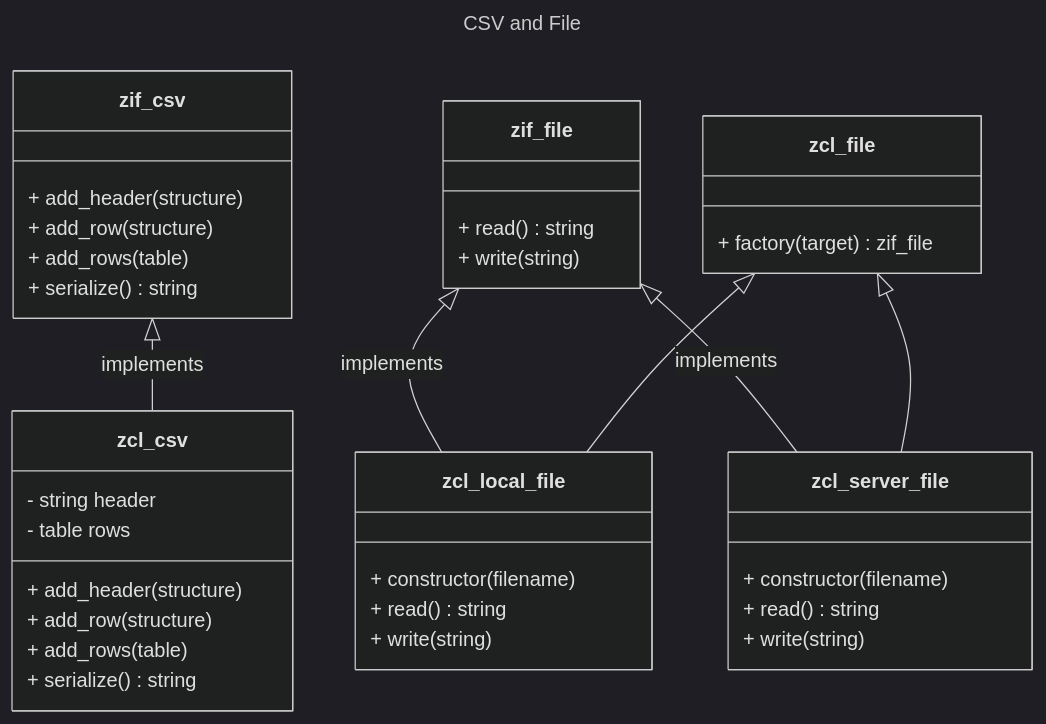
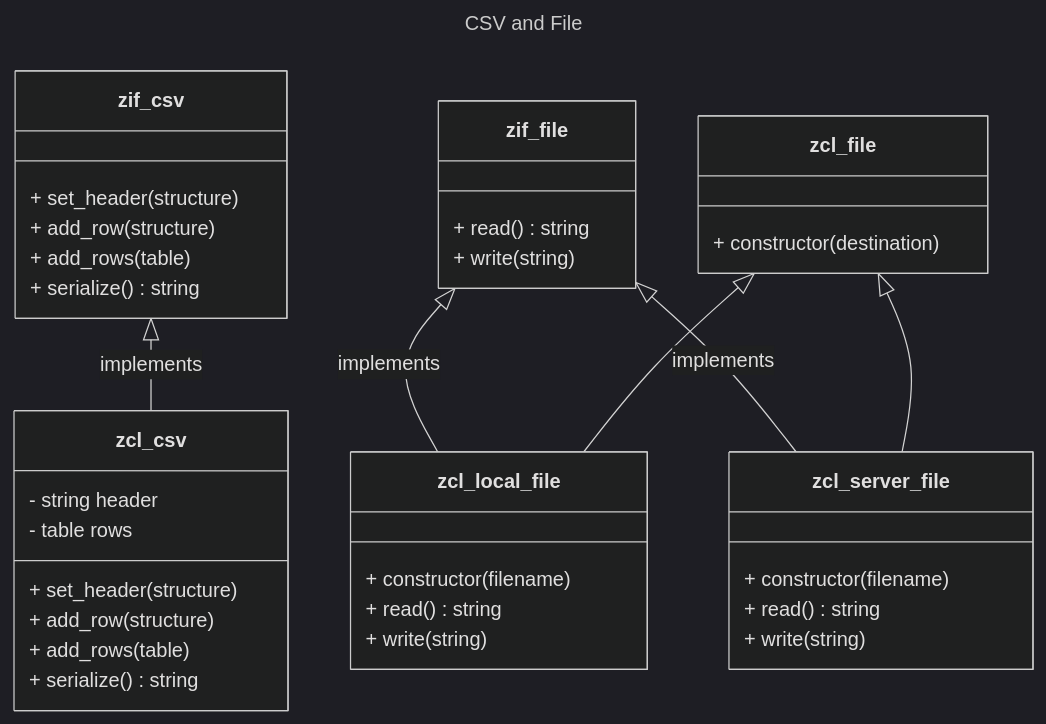
One commit to sfayuesa/abap-csv changed the diagram in uml_new.md. Above: the diagram before and after it, drawn with Mermaid (dark theme).

````diff
--- a/uml_new.md
+++ b/uml_new.md
@@ -1,44 +1,43 @@
 ```mermaid
 ---
 title: CSV and File
 ---
 classDiagram
   class zif_csv{
-      + add_header(structure)
+      + set_header(structure)
       + add_row(structure)
       + add_rows(table)
       + serialize() string
   }
   class zif_file {
       + read()string
       + write(string)
   }
   class zcl_csv {
       - string header  
       - table rows  
-      + add_header(structure)
+      + set_header(structure)
       + add_row(structure)
       + add_rows(table)
       + serialize() string
   }
   class zcl_file {
-      + factory(target) zif_file
+      + constructor(destination)
   }
   class zcl_local_file {
       + constructor(filename)
       + read() string
       + write(string)
   }
   class zcl_server_file {
       + constructor(filename)
       + read() string
       + write(string)
   }
 
   zif_csv <|-- zcl_csv : implements
-
   zif_file <|-- zcl_local_file : implements
   zif_file <|-- zcl_server_file : implements
   zcl_file <|-- zcl_local_file
   zcl_file <|-- zcl_server_file
 ```
````
